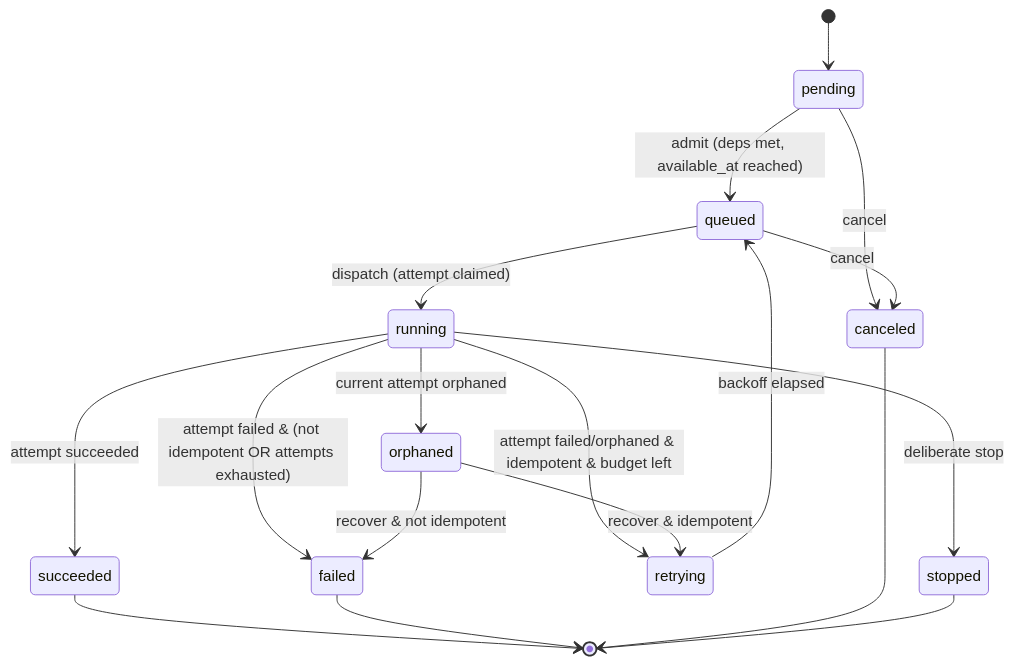
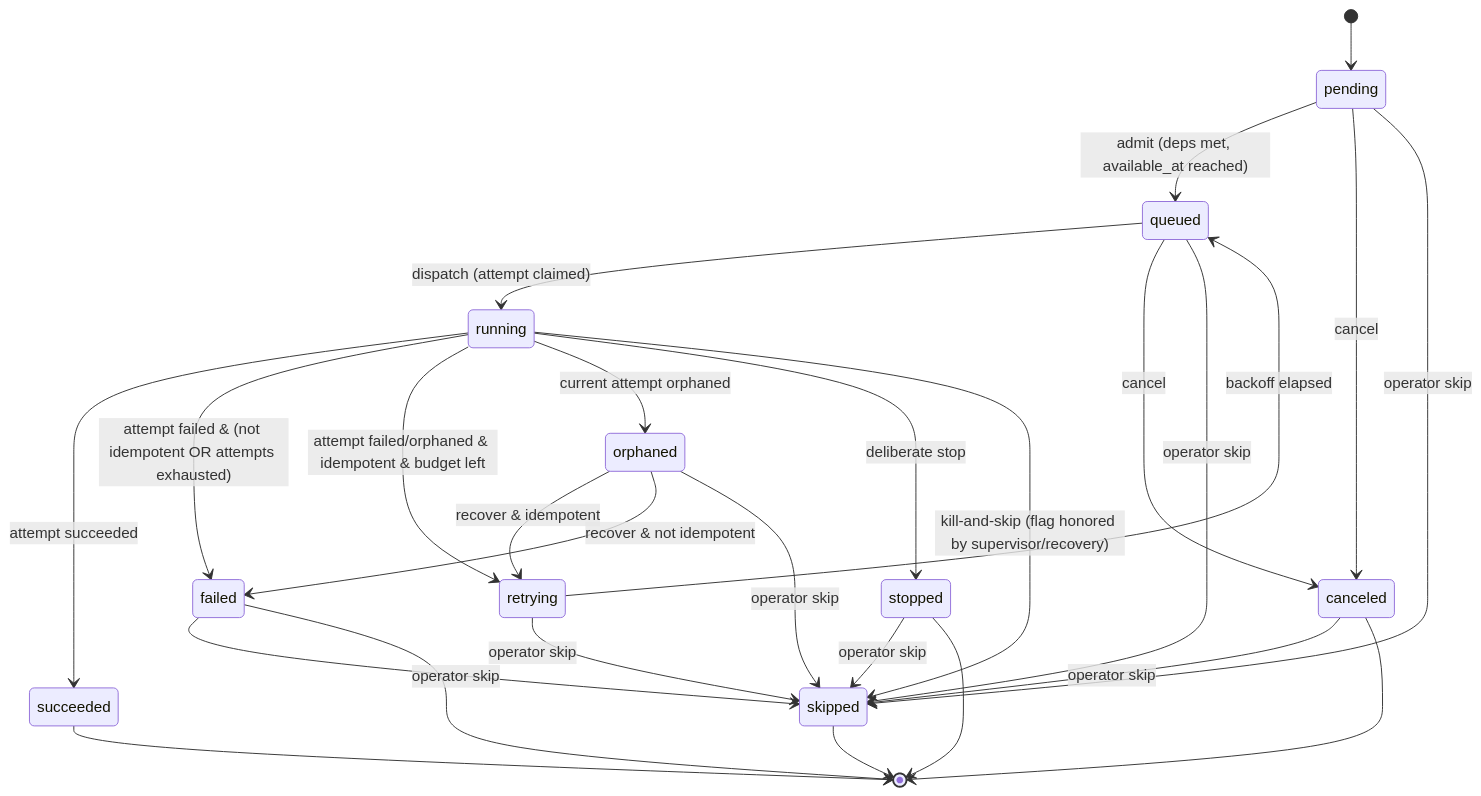
One commit to kpconnell/laravel-jobwarden changed the second of 2 diagrams in jobwarden-architecture-spec.md. Above: the diagram before and after it, drawn with Mermaid. The commit also changed other lines of this file and 40 other files, not shown here.

````diff
--- a/jobwarden-architecture-spec.md
+++ b/jobwarden-architecture-spec.md
@@ -133,20 +134,29 @@
 ```mermaid
 stateDiagram-v2
     [*] --> pending
     pending --> queued: admit (deps met, available_at reached)
     pending --> canceled: cancel
     queued --> running: dispatch (attempt claimed)
     queued --> canceled: cancel
     running --> succeeded: attempt succeeded
     running --> failed: attempt failed & (not idempotent OR attempts exhausted)
     running --> retrying: attempt failed/orphaned & idempotent & budget left
     running --> orphaned: current attempt orphaned
     running --> stopped: deliberate stop
+    running --> skipped: kill-and-skip (flag honored by supervisor/recovery)
     orphaned --> retrying: recover & idempotent
     orphaned --> failed: recover & not idempotent
     retrying --> queued: backoff elapsed
+    failed --> skipped: operator skip
+    stopped --> skipped: operator skip
+    canceled --> skipped: operator skip
+    orphaned --> skipped: operator skip
+    pending --> skipped: operator skip
+    queued --> skipped: operator skip
+    retrying --> skipped: operator skip
     succeeded --> [*]
     failed --> [*]
     canceled --> [*]
     stopped --> [*]
+    skipped --> [*]
 ```
````
